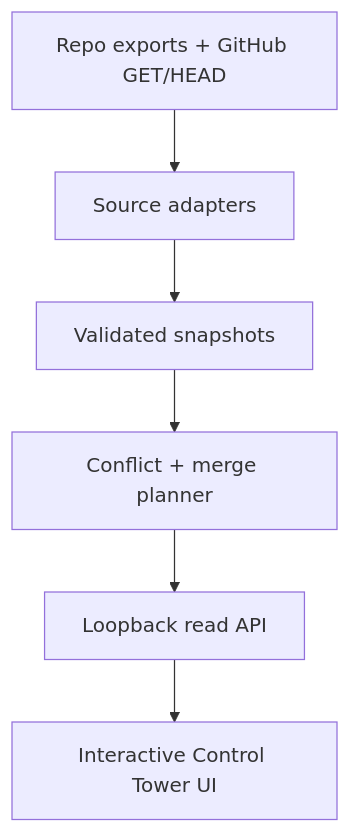
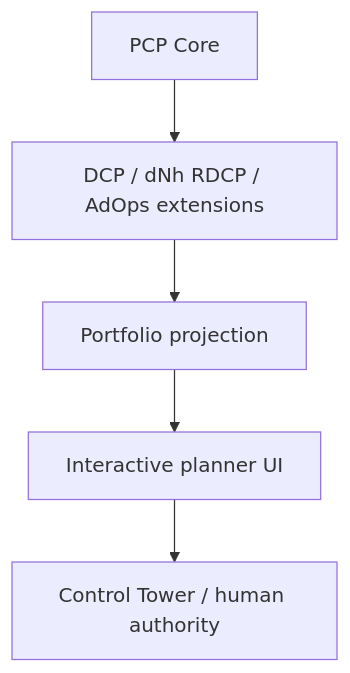
One commit to DDD-Enterprises/dopemux-mvp changed the diagram in docs/91-rfc/repository-merge-planner.md. Above: the diagram before and after it, drawn with Mermaid. The commit also changed other lines of this file and 8 other files, not shown here.

Commit message:
docs(planner): adopt PCP-first packet architecture

````diff
--- a/docs/91-rfc/repository-merge-planner.md
+++ b/docs/91-rfc/repository-merge-planner.md
@@ -151,8 +62,7 @@
 ```mermaid
 flowchart TD
-  A["Repo exports + GitHub GET/HEAD"] --> B["Source adapters"]
-  B --> C["Validated snapshots"]
-  C --> D["Conflict + merge planner"]
-  D --> E["Loopback read API"]
-  E --> F["Interactive Control Tower UI"]
+  A["PCP Core"] --> B["DCP / dNh RDCP / AdOps extensions"]
+  B --> C["Portfolio projection"]
+  C --> D["Interactive planner UI"]
+  D --> E["Control Tower / human authority"]
 ```
````
